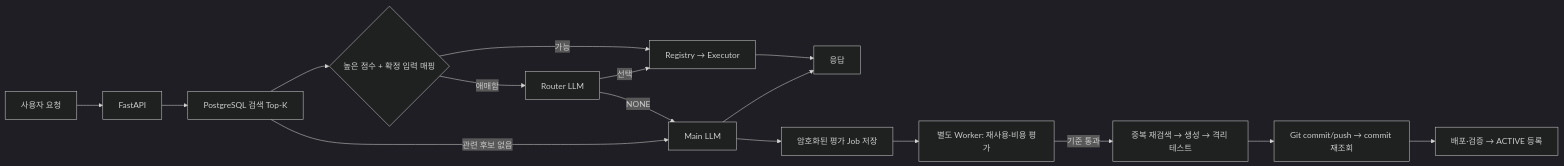
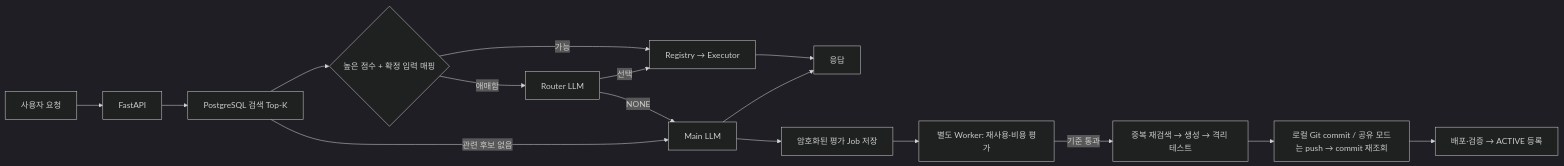
One commit to qmdch1/agent-foundry changed the diagram in README.md. Above: the diagram before and after it, drawn with Mermaid (dark theme). The commit also changed other lines of this file and 18 other files, not shown here.

````diff
--- a/README.md
+++ b/README.md
@@ -20,18 +34,18 @@
 ```mermaid
 flowchart LR
   U[사용자 요청] --> API[FastAPI]
   API --> S[PostgreSQL 검색 Top-K]
   S --> D{높은 점수 + 확정 입력 매핑}
   D -->|가능| E[Registry → Executor]
   D -->|애매함| R[Router LLM]
   R -->|선택| E
   S -->|관련 후보 없음| M[Main LLM]
   R -->|NONE| M
   E --> O[응답]
   M --> O
   M --> Q[암호화된 평가 Job 저장]
   Q --> W[별도 Worker: 재사용·비용 평가]
   W -->|기준 통과| B[중복 재검색 → 생성 → 격리 테스트]
-  B --> G[Git commit/push → commit 재조회]
+  B --> G[로컬 Git commit / 공유 모드는 push → commit 재조회]
   G --> H[배포·검증 → ACTIVE 등록]
 ```
````
